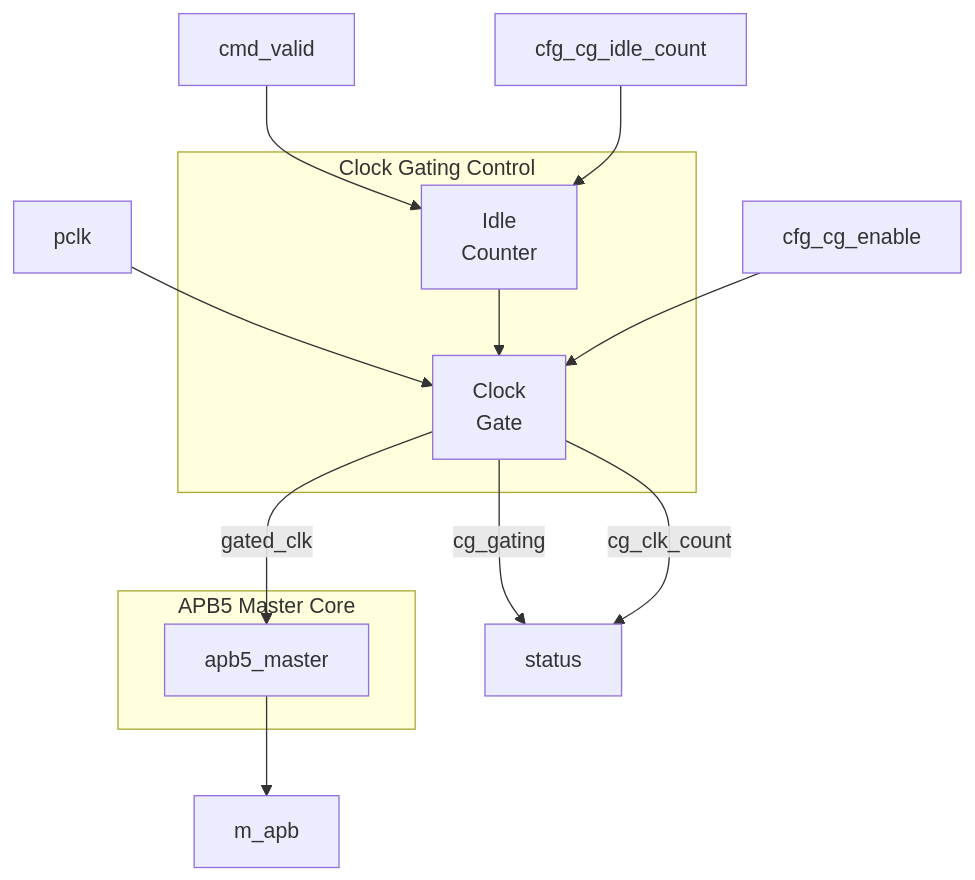
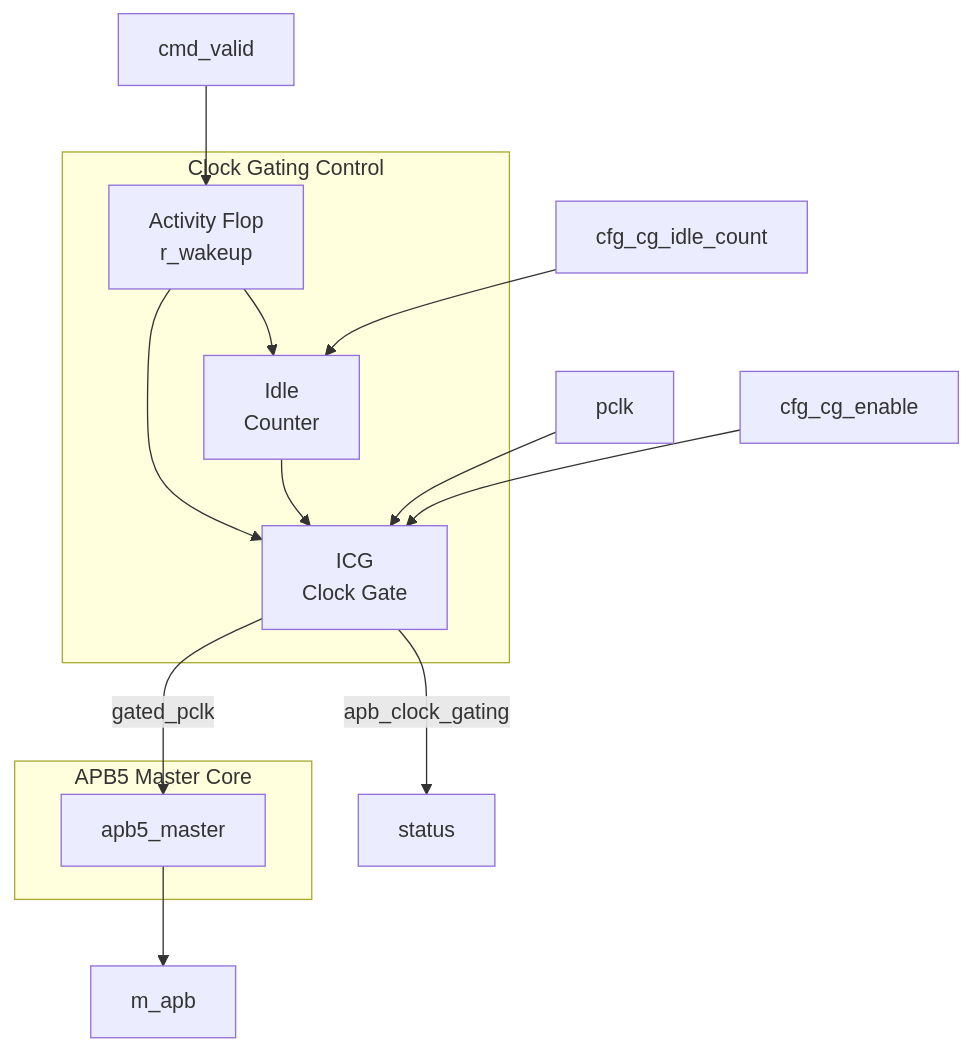
Before and after one commit to sean-galloway/RTLDesignSherpa: the first of 2 diagrams in docs/markdown/RTLAmba/apb5/apb5_master_cg.md, drawn with Mermaid. The commit also changed other lines of this file and 446 other files, not shown here.

````diff
--- a/docs/markdown/RTLAmba/apb5/apb5_master_cg.md
+++ b/docs/markdown/RTLAmba/apb5/apb5_master_cg.md
@@ -48,24 +48,26 @@
 ```mermaid
 flowchart TB
     subgraph CG["Clock Gating Control"]
+        wake["Activity Flop<br/>r_wakeup"]
         idle["Idle<br/>Counter"]
-        gate["Clock<br/>Gate"]
+        gate["ICG<br/>Clock Gate"]
     end
 
     subgraph CORE["APB5 Master Core"]
         master["apb5_master"]
     end
 
     pclk["pclk"] --> gate
-    gate -->|gated_clk| master
+    gate -->|gated_pclk| master
     idle --> gate
+    wake --> gate
 
-    cmd_valid --> idle
+    cmd_valid --> wake
+    wake --> idle
     master --> m_apb
 
     cfg_cg_enable --> gate
     cfg_cg_idle_count --> idle
 
-    gate -->|cg_gating| status
-    gate -->|cg_clk_count| status
+    gate -->|apb_clock_gating| status
 ```
````
